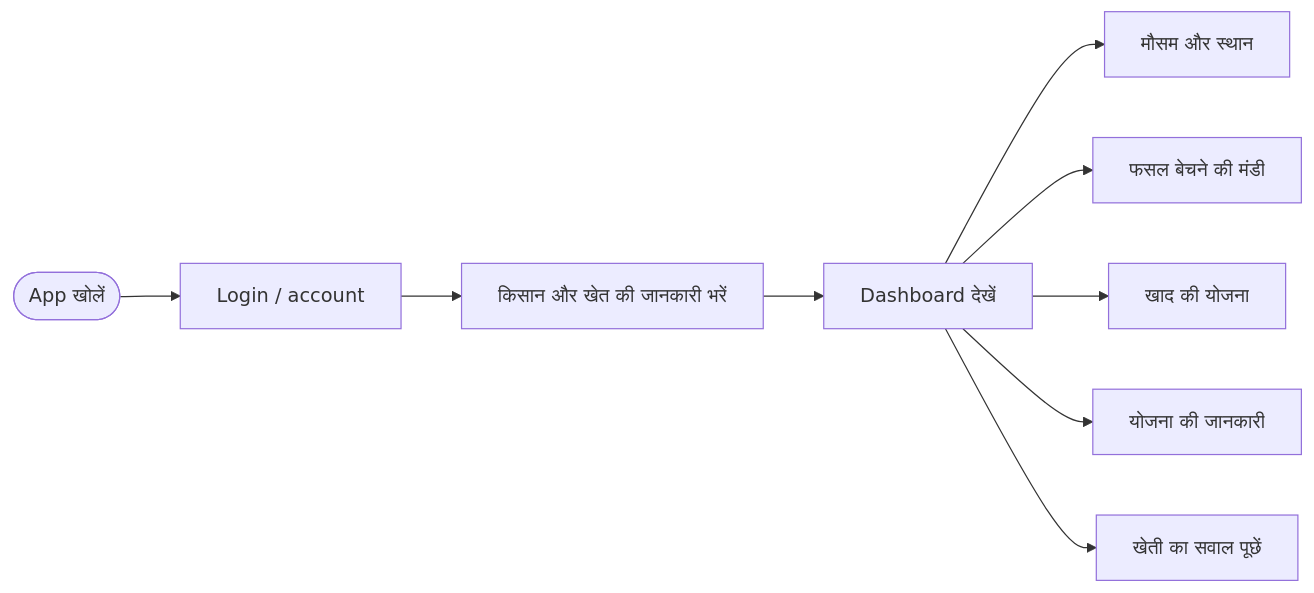
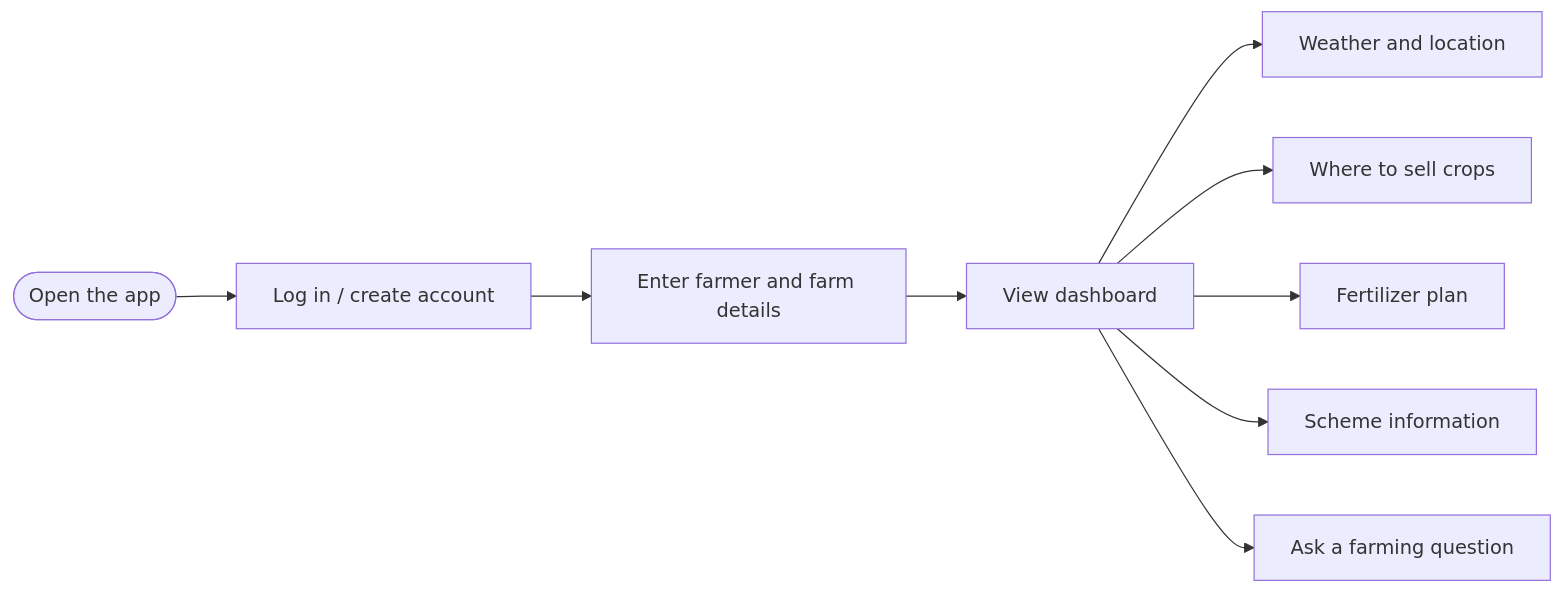
One commit to TarunSuthar012/Crop-Wise changed the second of 3 diagrams in Summary.md. Above: the diagram before and after it, drawn with Mermaid. The commit also changed other lines of this file, not shown here.

````diff
--- a/Summary.md
+++ b/Summary.md
@@ -56,11 +56,11 @@
 ```mermaid
 flowchart LR
-    Start([App खोलें]) --> Login[Login / account]
-    Login --> Register[किसान और खेत की जानकारी भरें]
-    Register --> Dashboard[Dashboard देखें]
-    Dashboard --> Weather[मौसम और स्थान]
-    Dashboard --> Mandi[फसल बेचने की मंडी]
-    Dashboard --> Fertilizer[खाद की योजना]
-    Dashboard --> Schemes[योजना की जानकारी]
-    Dashboard --> Chat[खेती का सवाल पूछें]
+    Start([Open the app]) --> Login[Log in / create account]
+    Login --> Register[Enter farmer and farm details]
+    Register --> Dashboard[View dashboard]
+    Dashboard --> Weather[Weather and location]
+    Dashboard --> Mandi[Where to sell crops]
+    Dashboard --> Fertilizer[Fertilizer plan]
+    Dashboard --> Schemes[Scheme information]
+    Dashboard --> Chat[Ask a farming question]
 ```
````
